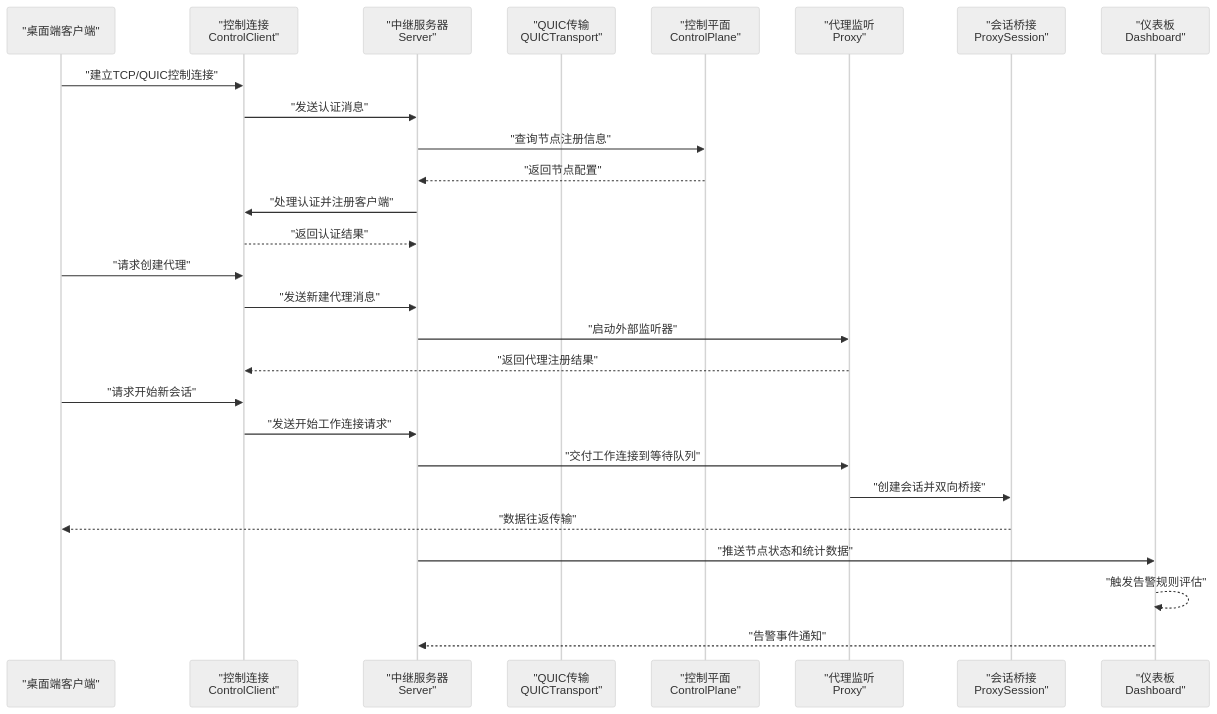
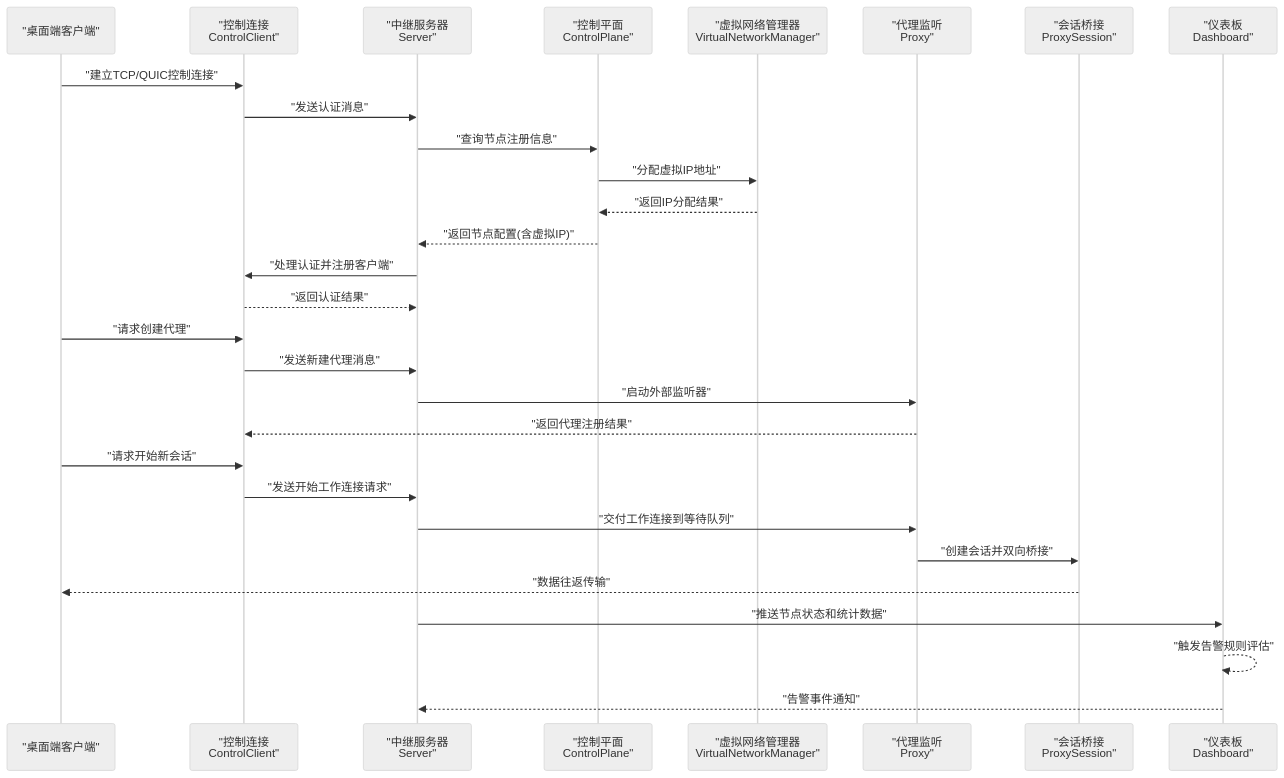
One commit to itsharex/NexTunnel changed the second of 10 diagrams in .qoder/repowiki/zh/content/服务端架构/服务端架构.md. Above: the diagram before and after it, drawn with Mermaid (neutral theme). The commit also changed other lines of this file and 23 other files, not shown here.

````diff
--- a/.qoder/repowiki/zh/content/服务端架构/服务端架构.md
+++ b/.qoder/repowiki/zh/content/服务端架构/服务端架构.md
@@ -131,29 +148,31 @@
 ```mermaid
 sequenceDiagram
 participant Client as "桌面端客户端"
 participant Ctrl as "控制连接<br/>ControlClient"
 participant Srv as "中继服务器<br/>Server"
-participant QUIC as "QUIC传输<br/>QUICTransport"
 participant CP as "控制平面<br/>ControlPlane"
+participant VN as "虚拟网络管理器<br/>VirtualNetworkManager"
 participant Proxy as "代理监听<br/>Proxy"
 participant Session as "会话桥接<br/>ProxySession"
 participant Dash as "仪表板<br/>Dashboard"
 Client->>Ctrl : "建立TCP/QUIC控制连接"
 Ctrl->>Srv : "发送认证消息"
 Srv->>CP : "查询节点注册信息"
-CP-->>Srv : "返回节点配置"
+CP->>VN : "分配虚拟IP地址"
+VN-->>CP : "返回IP分配结果"
+CP-->>Srv : "返回节点配置(含虚拟IP)"
 Srv->>Ctrl : "处理认证并注册客户端"
 Ctrl-->>Srv : "返回认证结果"
 Client->>Ctrl : "请求创建代理"
 Ctrl->>Srv : "发送新建代理消息"
 Srv->>Proxy : "启动外部监听器"
 Proxy-->>Ctrl : "返回代理注册结果"
 Client->>Ctrl : "请求开始新会话"
 Ctrl->>Srv : "发送开始工作连接请求"
 Srv->>Proxy : "交付工作连接到等待队列"
 Proxy->>Session : "创建会话并双向桥接"
 Session-->>Client : "数据往返传输"
 Srv->>Dash : "推送节点状态和统计数据"
 Dash-->>Dash : "触发告警规则评估"
 Dash-->>Srv : "告警事件通知"
 ```
````
